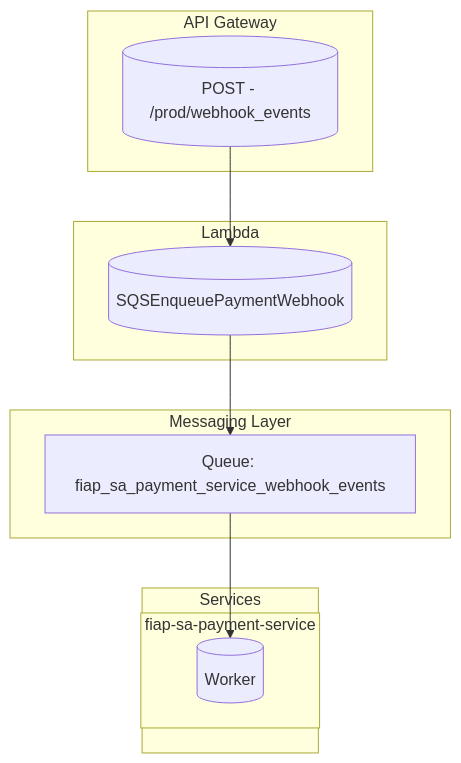
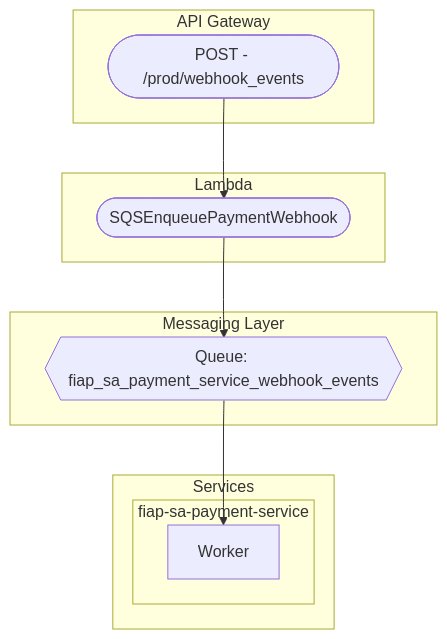
The diagram in README.md (KauanCarvalho/fiap-sa-serverless), drawn with Mermaid before and after one commit.

Commit message:
feat: bump readme (#20)

````diff
--- a/README.md
+++ b/README.md
@@ -7,24 +7,24 @@
 ```mermaid
 flowchart TD
   subgraph API_Gateway["API Gateway"]
-    POST_Webhook[("POST - /prod/webhook_events")]
+    POST_Webhook(["POST - /prod/webhook_events"])
   end
 
   subgraph Lambda["Lambda"]
-    SQSEnqueuePaymentWebhook[("SQSEnqueuePaymentWebhook")]
+    SQSEnqueuePaymentWebhook(["SQSEnqueuePaymentWebhook"])
   end
 
   subgraph Messaging_Layer["Messaging Layer"]
-    SQS_Payment["Queue: fiap_sa_payment_service_webhook_events"]
+    SQS_Payment{{Queue: fiap_sa_payment_service_webhook_events}}
   end
 
   subgraph Services["Services"]
     subgraph Payment["fiap-sa-payment-service"]
-      Payment_Worker[("Worker")]
+      Payment_Worker["Worker"]
     end
   end
 
   POST_Webhook --> SQSEnqueuePaymentWebhook
   SQSEnqueuePaymentWebhook --> SQS_Payment
   SQS_Payment --> Payment_Worker
 ```
````
